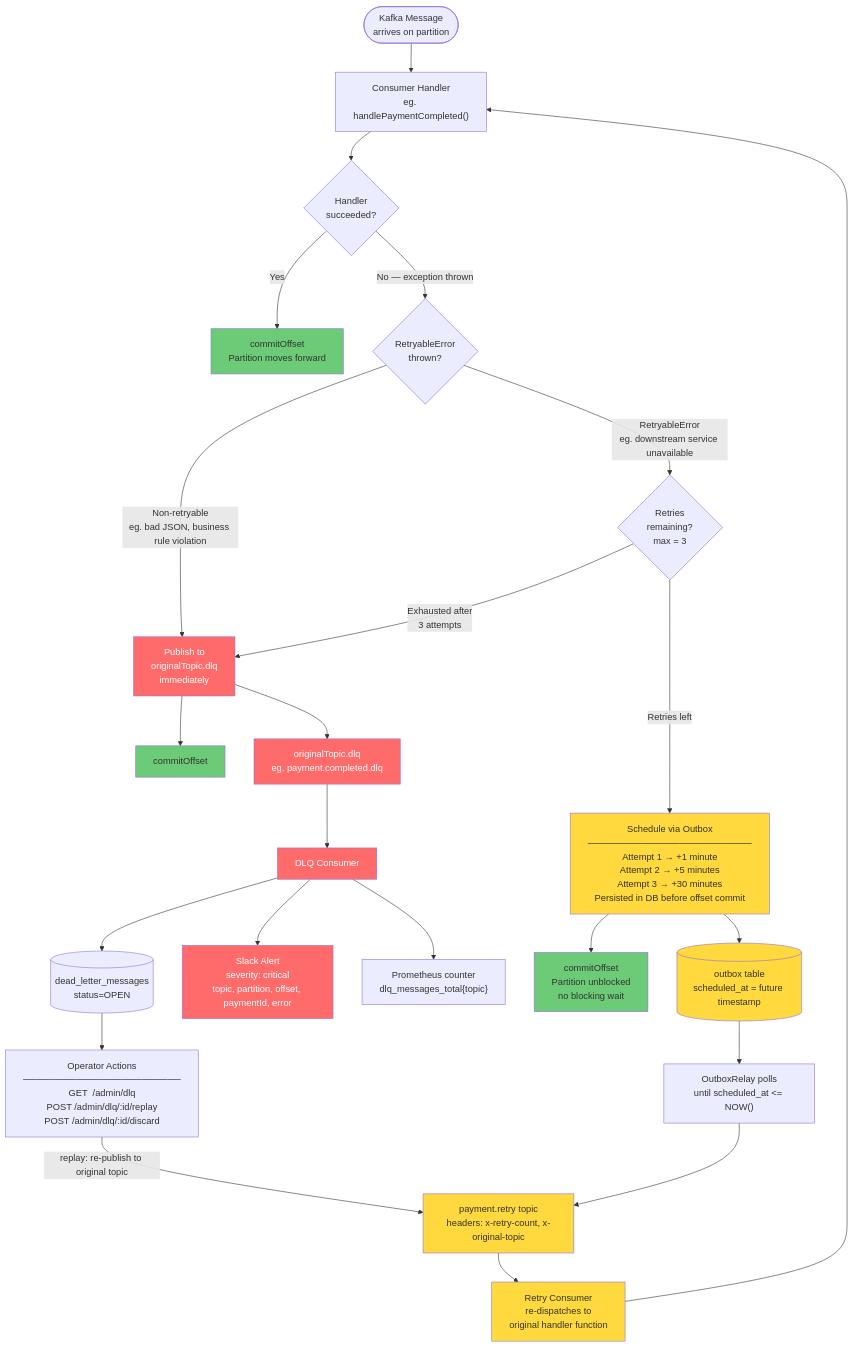
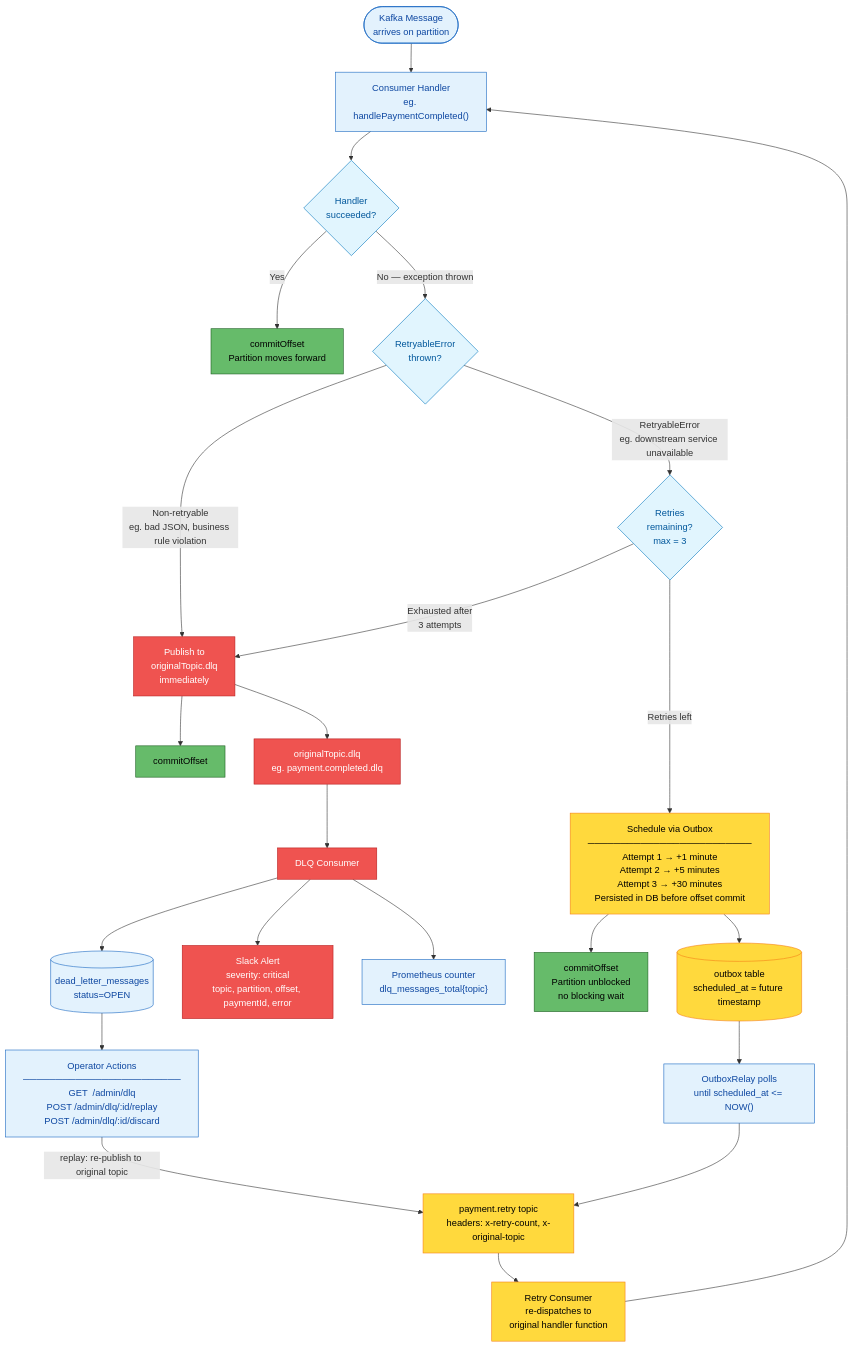
One commit to Ravikant0211/payment-system changed the diagram in docs/05-kafka-retry-dlq.md. Above: the diagram before and after it, drawn with Mermaid. The commit also changed 6 other files, not shown here.

Commit message:
wip: update docs/*.md files diagrams

````diff
--- a/docs/05-kafka-retry-dlq.md
+++ b/docs/05-kafka-retry-dlq.md
@@ -5,48 +5,49 @@
 ```mermaid
 flowchart TD
-    MSG(["Kafka Message\narrives on partition"]) --> HANDLER["Consumer Handler\neg. handlePaymentCompleted()"]
+    MSG(["Kafka Message<br/>arrives on partition"]) --> HANDLER["Consumer Handler<br/>eg. handlePaymentCompleted()"]
 
-    HANDLER --> OK{Handler\nsucceeded?}
+    HANDLER --> OK{"Handler<br/>succeeded?"}
 
-    OK -->|"Yes"| COMMIT_OK["commitOffset\nPartition moves forward"]
+    OK -->|"Yes"| COMMIT_OK["commitOffset<br/>Partition moves forward"]
 
-    OK -->|"No — exception thrown"| CLASSIFY{RetryableError\nthrown?}
+    OK -->|"No — exception thrown"| CLASSIFY{"RetryableError<br/>thrown?"}
 
-    CLASSIFY -->|"Non-retryable\neg. bad JSON, business rule violation"| DLQ_NOW["Publish to\noriginalTopic.dlq\nimmediately"]
+    CLASSIFY -->|"Non-retryable<br/>eg. bad JSON, business rule violation"| DLQ_NOW["Publish to<br/>originalTopic.dlq<br/>immediately"]
 
-    CLASSIFY -->|"RetryableError\neg. downstream service unavailable"| BUDGET{Retries\nremaining?\nmax = 3}
+    CLASSIFY -->|"RetryableError<br/>eg. downstream service unavailable"| BUDGET{"Retries<br/>remaining?<br/>max = 3"}
 
-    BUDGET -->|"Exhausted after\n3 attempts"| DLQ_NOW
+    BUDGET -->|"Exhausted after<br/>3 attempts"| DLQ_NOW
 
-    BUDGET -->|"Retries left"| SCHEDULE["Schedule via Outbox\n─────────────────────────\nAttempt 1 → +1 minute\nAttempt 2 → +5 minutes\nAttempt 3 → +30 minutes\nPersisted in DB before offset commit"]
+    BUDGET -->|"Retries left"| SCHEDULE["Schedule via Outbox<br/>─────────────────────────<br/>Attempt 1 → +1 minute<br/>Attempt 2 → +5 minutes<br/>Attempt 3 → +30 minutes<br/>Persisted in DB before offset commit"]
 
-    SCHEDULE --> COMMIT_R["commitOffset\nPartition unblocked\nno blocking wait"]
+    SCHEDULE --> COMMIT_R["commitOffset<br/>Partition unblocked<br/>no blocking wait"]
 
-    SCHEDULE --> OUTBOX[("outbox table\nscheduled_at = future timestamp")]
-    OUTBOX --> RELAY["OutboxRelay polls\nuntil scheduled_at <= NOW()"]
-    RELAY --> RETRY_T["payment.retry topic\nheaders: x-retry-count, x-original-topic"]
-    RETRY_T --> RETRY_C["Retry Consumer\nre-dispatches to\noriginal handler function"]
+    SCHEDULE --> OUTBOX[("outbox table<br/>scheduled_at = future timestamp")]
+    OUTBOX --> RELAY["OutboxRelay polls<br/>until scheduled_at &lt;= NOW()"]
+    RELAY --> RETRY_T["payment.retry topic<br/>headers: x-retry-count, x-original-topic"]
+    RETRY_T --> RETRY_C["Retry Consumer<br/>re-dispatches to<br/>original handler function"]
     RETRY_C --> HANDLER
 
     DLQ_NOW --> COMMIT_D["commitOffset"]
-    DLQ_NOW --> DLQ_T["originalTopic.dlq\neg. payment.completed.dlq"]
+    DLQ_NOW --> DLQ_T["originalTopic.dlq<br/>eg. payment.completed.dlq"]
     DLQ_T --> DLQ_C["DLQ Consumer"]
-    DLQ_C --> DLQ_DB[("dead_letter_messages\nstatus=OPEN")]
-    DLQ_C --> ALERT["Slack Alert\nseverity: critical\ntopic, partition, offset, paymentId, error"]
-    DLQ_C --> PROM["Prometheus counter\ndlq_messages_total{topic}"]
+    DLQ_C --> DLQ_DB[("dead_letter_messages<br/>status=OPEN")]
+    DLQ_C --> ALERT["Slack Alert<br/>severity: critical<br/>topic, partition, offset, paymentId, error"]
+    DLQ_C --> PROM["Prometheus counter<br/>dlq_messages_total{topic}"]
 
-    DLQ_DB --> ADMIN["Operator Actions\n────────────────────────\nGET  /admin/dlq\nPOST /admin/dlq/:id/replay\nPOST /admin/dlq/:id/discard"]
+    DLQ_DB --> ADMIN["Operator Actions<br/>────────────────────────<br/>GET  /admin/dlq<br/>POST /admin/dlq/:id/replay<br/>POST /admin/dlq/:id/discard"]
     ADMIN -->|"replay: re-publish to original topic"| RETRY_T
 
-    style DLQ_NOW fill:#ff6b6b,color:#fff
-    style DLQ_T fill:#ff6b6b,color:#fff
-    style DLQ_C fill:#ff6b6b,color:#fff
-    style ALERT fill:#ff6b6b,color:#fff
-    style SCHEDULE fill:#ffd93d
-    style RETRY_T fill:#ffd93d
-    style RETRY_C fill:#ffd93d
-    style OUTBOX fill:#ffd93d
-    style COMMIT_OK fill:#6bcb77
-    style COMMIT_R fill:#6bcb77
-    style COMMIT_D fill:#6bcb77
+    classDef default fill:#ffffff,stroke:#37474F,color:#000000
+    classDef decision fill:#E1F5FE,stroke:#0277BD,color:#01579B
+    classDef danger fill:#EF5350,stroke:#B71C1C,color:#FFFFFF
+    classDef warn fill:#FFD93D,stroke:#F57F17,color:#000000
+    classDef success fill:#66BB6A,stroke:#1B5E20,color:#000000
+    classDef info fill:#E3F2FD,stroke:#1565C0,color:#0D47A1
+
+    class OK,CLASSIFY,BUDGET decision
+    class DLQ_NOW,DLQ_T,DLQ_C,ALERT danger
+    class SCHEDULE,RETRY_T,RETRY_C,OUTBOX warn
+    class COMMIT_OK,COMMIT_R,COMMIT_D success
+    class MSG,HANDLER,RELAY,DLQ_DB,PROM,ADMIN info
 ```
````
